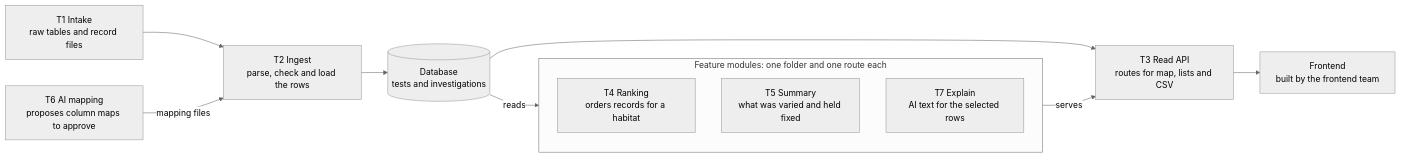
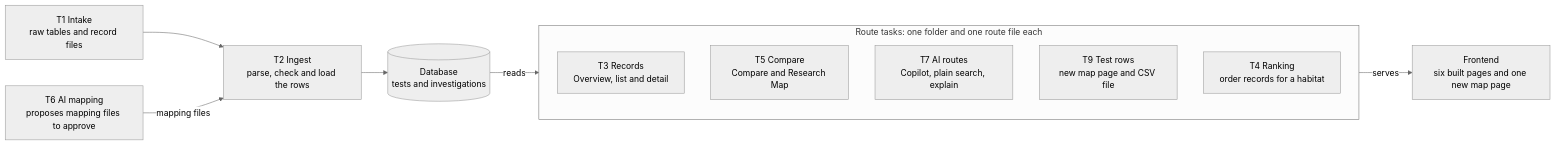
One commit to NirmaAbro/flame-in-freefall changed the diagram in backend/README.md. Above: the diagram before and after it, drawn with Mermaid (neutral theme). The commit also changed other lines of this file, not shown here.

Commit message:
Update backend task division to match the frontend

````diff
--- a/backend/README.md
+++ b/backend/README.md
@@ -11,15 +13,15 @@
 ```mermaid
 flowchart LR
   T1["T1 Intake<br/>raw tables and record files"] --> T2["T2 Ingest<br/>parse, check and load the rows"]
+  T6["T6 AI mapping<br/>proposes mapping files to approve"] -- mapping files --> T2
   T2 --> DB[("Database<br/>tests and investigations")]
-  DB --> T3["T3 Read API<br/>routes for map, lists and CSV"]
-  T3 --> FE["Frontend<br/>built by the frontend team"]
-  T6["T6 AI mapping<br/>proposes column maps to approve"] -- mapping files --> T2
-  subgraph FM["Feature modules: one folder and one route each"]
-    T4["T4 Ranking<br/>orders records for a habitat"]
-    T5["T5 Summary<br/>what was varied and held fixed"]
-    T7["T7 Explain<br/>AI text for the selected rows"]
+  subgraph RT["Route tasks: one folder and one route file each"]
+    T3["T3 Records<br/>Overview, list and detail"]
+    T5["T5 Compare<br/>Compare and Research Map"]
+    T7["T7 AI routes<br/>Copilot, plain search, explain"]
+    T9["T9 Test rows<br/>new map page and CSV file"]
+    T4["T4 Ranking<br/>order records for a habitat"]
   end
-  DB -- reads --> FM
-  FM -- serves --> T3
+  DB -- reads --> RT
+  RT -- serves --> FE["Frontend<br/>six built pages and one new map page"]
 ```
````
